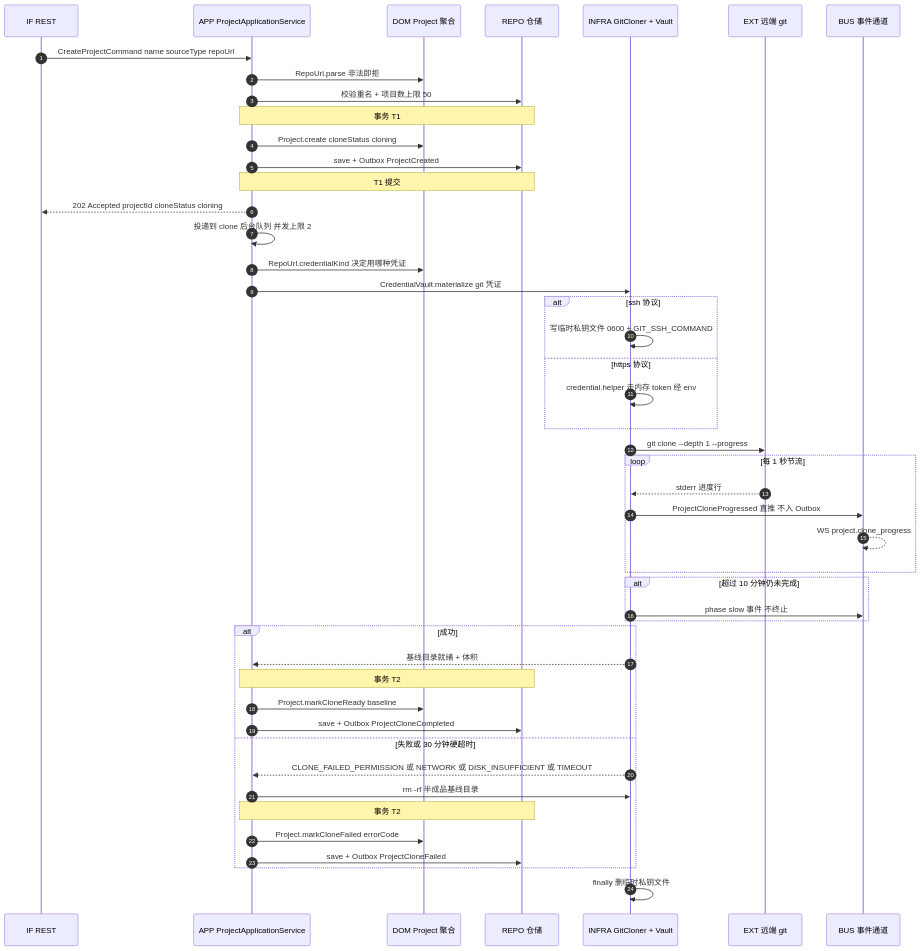
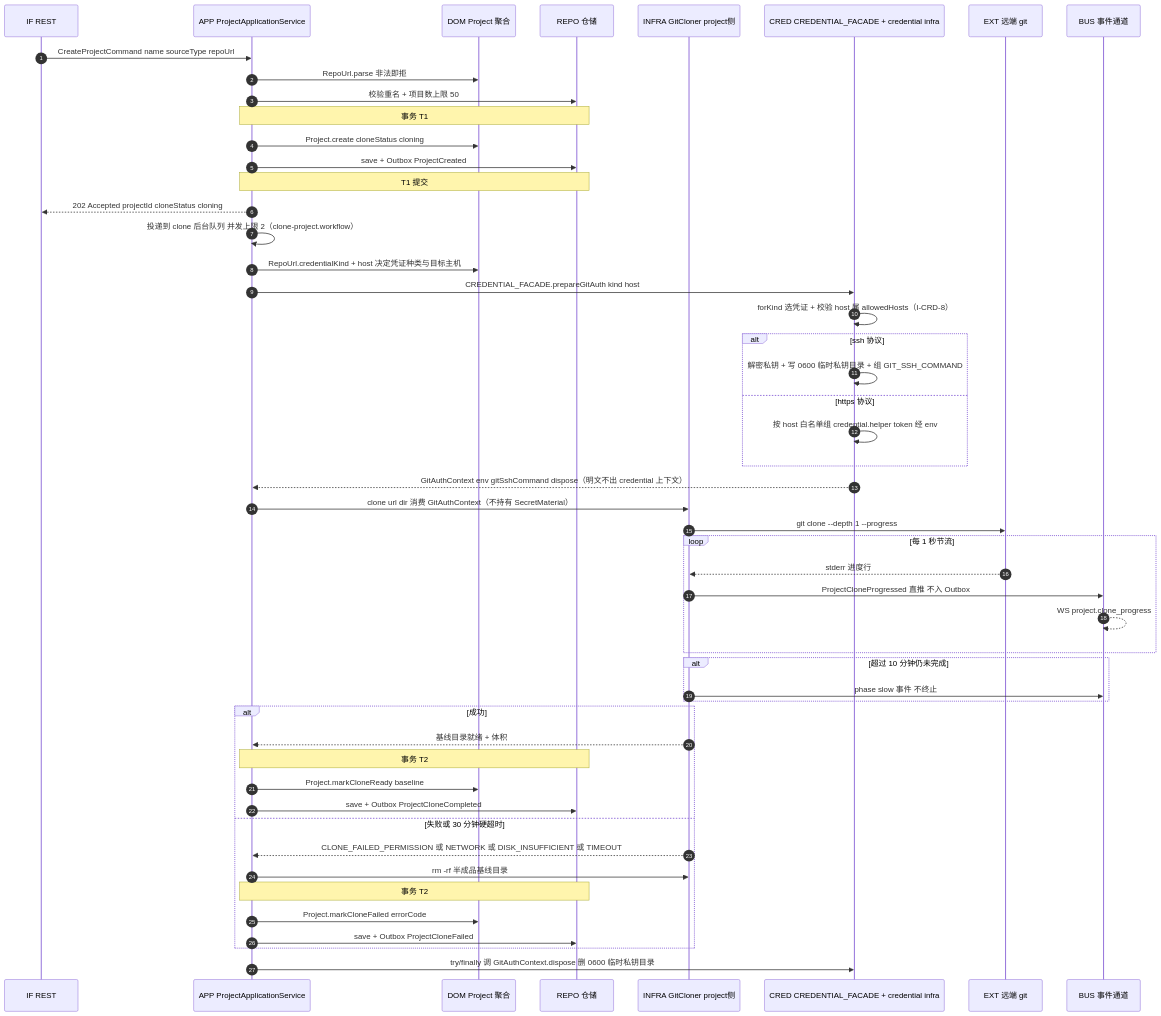
Before and after one commit to Xeonice/cloud-agent-platform-docs: the third of 8 diagrams in docs/backend/24-产品子链路后端设计.md, drawn with Mermaid. The commit also changed other lines of this file and 14 other files, not shown here.

````diff
--- a/docs/backend/24-产品子链路后端设计.md
+++ b/docs/backend/24-产品子链路后端设计.md
@@ -226,51 +226,55 @@
 ```mermaid
 sequenceDiagram
     autonumber
     participant IF as IF REST
     participant APP as APP ProjectApplicationService
     participant DOM as DOM Project 聚合
     participant REPO as REPO 仓储
-    participant INFRA as INFRA GitCloner + Vault
+    participant INFRA as INFRA GitCloner project侧
+    participant CRED as CRED CREDENTIAL_FACADE + credential infra
     participant EXT as EXT 远端 git
     participant BUS as BUS 事件通道
 
     IF->>APP: CreateProjectCommand name sourceType repoUrl
     APP->>DOM: RepoUrl.parse 非法即拒
     APP->>REPO: 校验重名 + 项目数上限 50
     Note over APP,REPO: 事务 T1
     APP->>DOM: Project.create cloneStatus cloning
     APP->>REPO: save + Outbox ProjectCreated
     Note over APP,REPO: T1 提交
     APP-->>IF: 202 Accepted projectId cloneStatus cloning
 
-    APP->>APP: 投递到 clone 后台队列 并发上限 2
-    APP->>DOM: RepoUrl.credentialKind 决定用哪种凭证
-    APP->>INFRA: CredentialVault.materialize git 凭证
+    APP->>APP: 投递到 clone 后台队列 并发上限 2（clone-project.workflow）
+    APP->>DOM: RepoUrl.credentialKind + host 决定凭证种类与目标主机
+    APP->>CRED: CREDENTIAL_FACADE.prepareGitAuth kind host
+    CRED->>CRED: forKind 选凭证 + 校验 host 属 allowedHosts（I-CRD-8）
     alt ssh 协议
-        INFRA->>INFRA: 写临时私钥文件 0600 + GIT_SSH_COMMAND
+        CRED->>CRED: 解密私钥 + 写 0600 临时私钥目录 + 组 GIT_SSH_COMMAND
     else https 协议
-        INFRA->>INFRA: credential.helper 走内存 token 经 env
+        CRED->>CRED: 按 host 白名单组 credential.helper token 经 env
     end
+    CRED-->>APP: GitAuthContext env gitSshCommand dispose（明文不出 credential 上下文）
+    APP->>INFRA: clone url dir 消费 GitAuthContext（不持有 SecretMaterial）
     INFRA->>EXT: git clone --depth 1 --progress
     loop 每 1 秒节流
         EXT-->>INFRA: stderr 进度行
         INFRA->>BUS: ProjectCloneProgressed 直推 不入 Outbox
         BUS-->>BUS: WS project.clone_progress
     end
     alt 超过 10 分钟仍未完成
         INFRA->>BUS: phase slow 事件 不终止
     end
     alt 成功
         INFRA-->>APP: 基线目录就绪 + 体积
         Note over APP,REPO: 事务 T2
         APP->>DOM: Project.markCloneReady baseline
         APP->>REPO: save + Outbox ProjectCloneCompleted
     else 失败或 30 分钟硬超时
         INFRA-->>APP: CLONE_FAILED_PERMISSION 或 NETWORK 或 DISK_INSUFFICIENT 或 TIMEOUT
         APP->>INFRA: rm -rf 半成品基线目录
         Note over APP,REPO: 事务 T2
         APP->>DOM: Project.markCloneFailed errorCode
         APP->>REPO: save + Outbox ProjectCloneFailed
     end
-    INFRA->>INFRA: finally 删临时私钥文件
+    APP->>CRED: try/finally 调 GitAuthContext.dispose 删 0600 临时私钥目录
 ```
````
